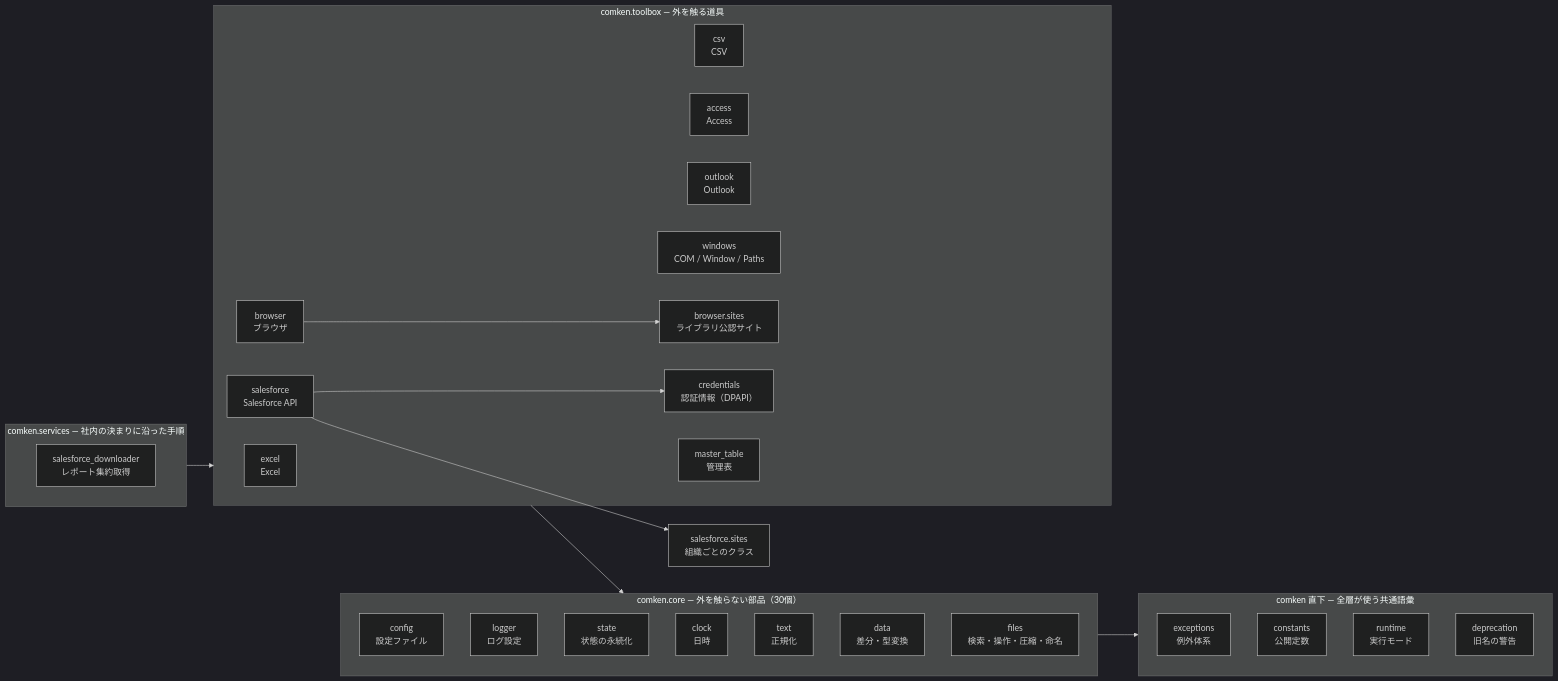
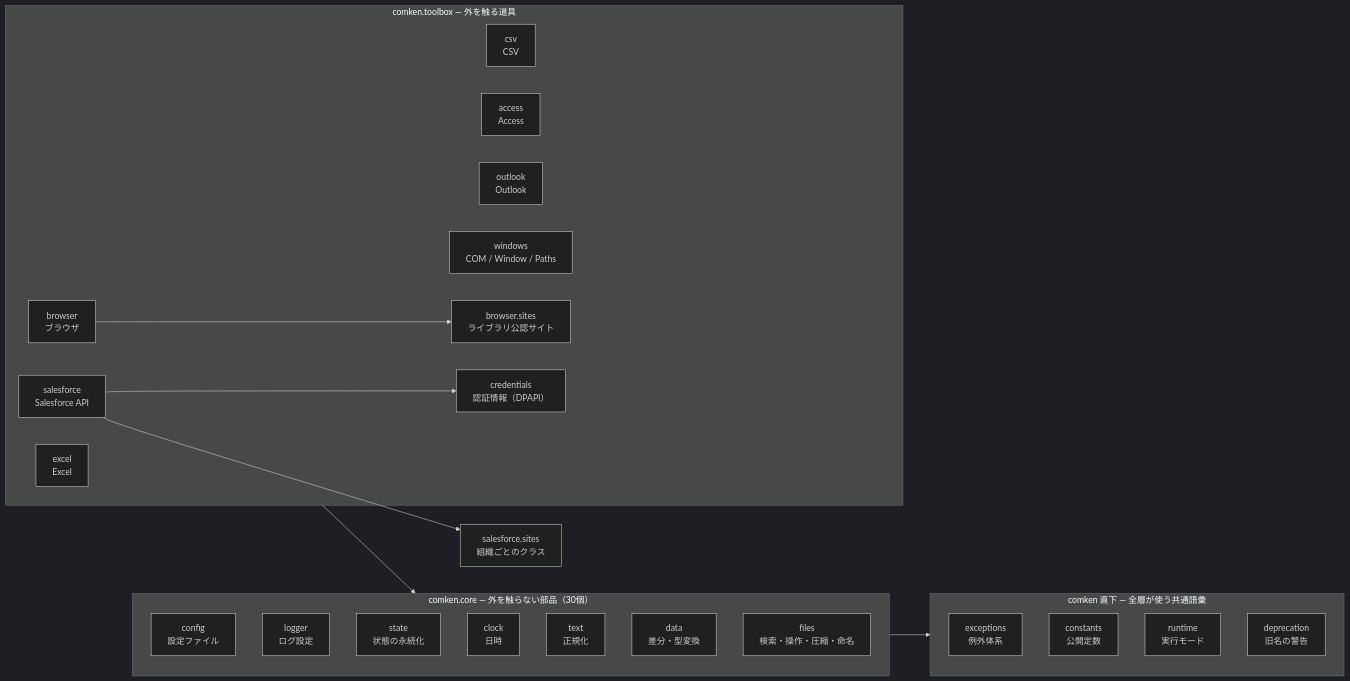
One commit to tenniscorecom/comken changed the first of 4 diagrams in README.md. Above: the diagram before and after it, drawn with Mermaid (dark theme). The commit also changed other lines of this file and 32 other files, not shown here.

First line of the commit message:
refactor: comken/services/salesforce_downloader を別リポジトリへ分離する

````diff
--- a/README.md
+++ b/README.md
@@ -572,39 +568,34 @@
 ```mermaid
 graph LR
     subgraph L0["comken 直下 — 全層が使う共通語彙"]
         exceptions["exceptions\n例外体系"]
         constants["constants\n公開定数"]
         runtime["runtime\n実行モード"]
         deprecation["deprecation\n旧名の警告"]
     end
     subgraph L1["comken.core — 外を触らない部品（30個）"]
         config["config\n設定ファイル"]
         logger["logger\nログ設定"]
         state["state\n状態の永続化"]
         clock["clock\n日時"]
         text["text\n正規化"]
         data["data\n差分・型変換"]
         corefiles["files\n検索・操作・圧縮・命名"]
     end
     subgraph L2["comken.toolbox — 外を触る道具"]
         excel["excel\nExcel"]
         csv["csv\nCSV"]
         access["access\nAccess"]
         outlook["outlook\nOutlook"]
         windows["windows\nCOM / Window / Paths"]
         browser["browser\nブラウザ"]
         browsersites["browser.sites\nライブラリ公認サイト"]
         salesforce["salesforce\nSalesforce API"]
         credentials["credentials\n認証情報（DPAPI）"]
-        mastertable["master_table\n管理表"]
-    end
-    subgraph L3["comken.services — 社内の決まりに沿った手順"]
-        downloader["salesforce_downloader\nレポート集約取得"]
     end
     L1 --> L0
     L2 --> L1
-    L3 --> L2
     salesforce --> sites["salesforce.sites\n組織ごとのクラス"]
     salesforce --> credentials
     browser --> browsersites
 ```
````
